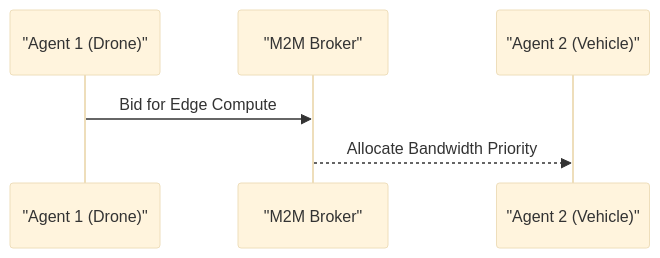
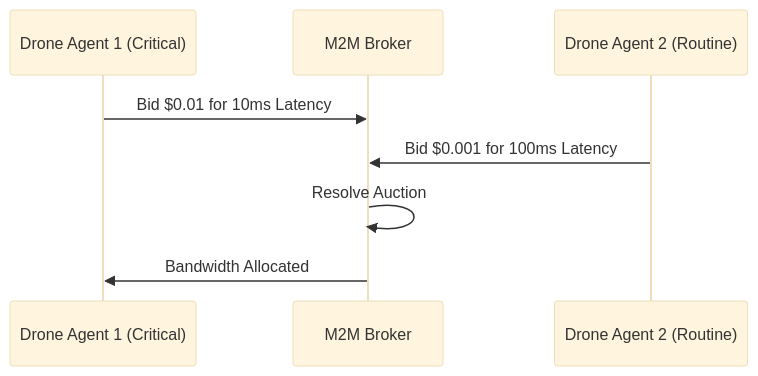
One commit to flouzzy/top-100-ai-startup-ideas changed the second of 2 diagrams in archive/m2m-agent-bandwidth-broker/README.md. Above: the diagram before and after it, drawn with Mermaid (base theme). The commit also changed other lines of this file and 56 other files, not shown here.

````diff
--- a/archive/m2m-agent-bandwidth-broker/README.md
+++ b/archive/m2m-agent-bandwidth-broker/README.md
@@ -37,8 +38,10 @@
 ```mermaid
 sequenceDiagram
-    participant A1 as "Agent 1 (Drone)"
-    participant M as "M2M Broker"
-    participant A2 as "Agent 2 (Vehicle)"
-    A1->>M: Bid for Edge Compute
-    M-->>A2: Allocate Bandwidth Priority
+    participant Agent1 as Drone Agent 1 (Critical)
+    participant Broker as M2M Broker
+    participant Agent2 as Drone Agent 2 (Routine)
+    Agent1->>Broker: Bid $0.01 for 10ms Latency
+    Agent2->>Broker: Bid $0.001 for 100ms Latency
+    Broker->>Broker: Resolve Auction
+    Broker->>Agent1: Bandwidth Allocated
 ```
````
